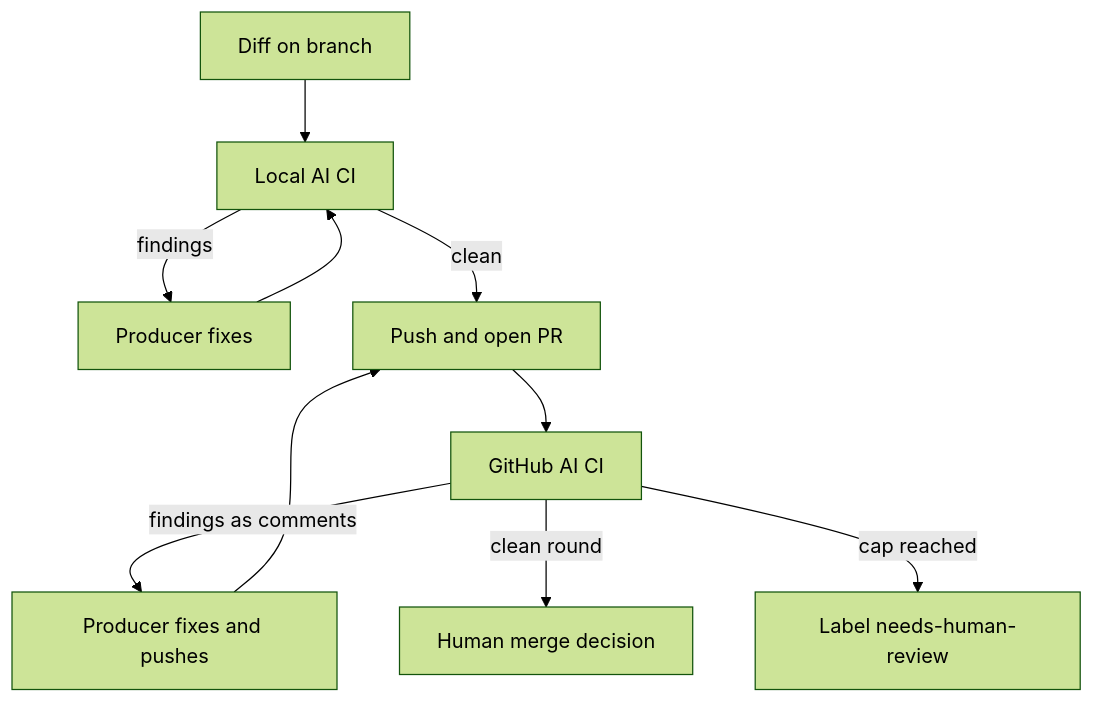
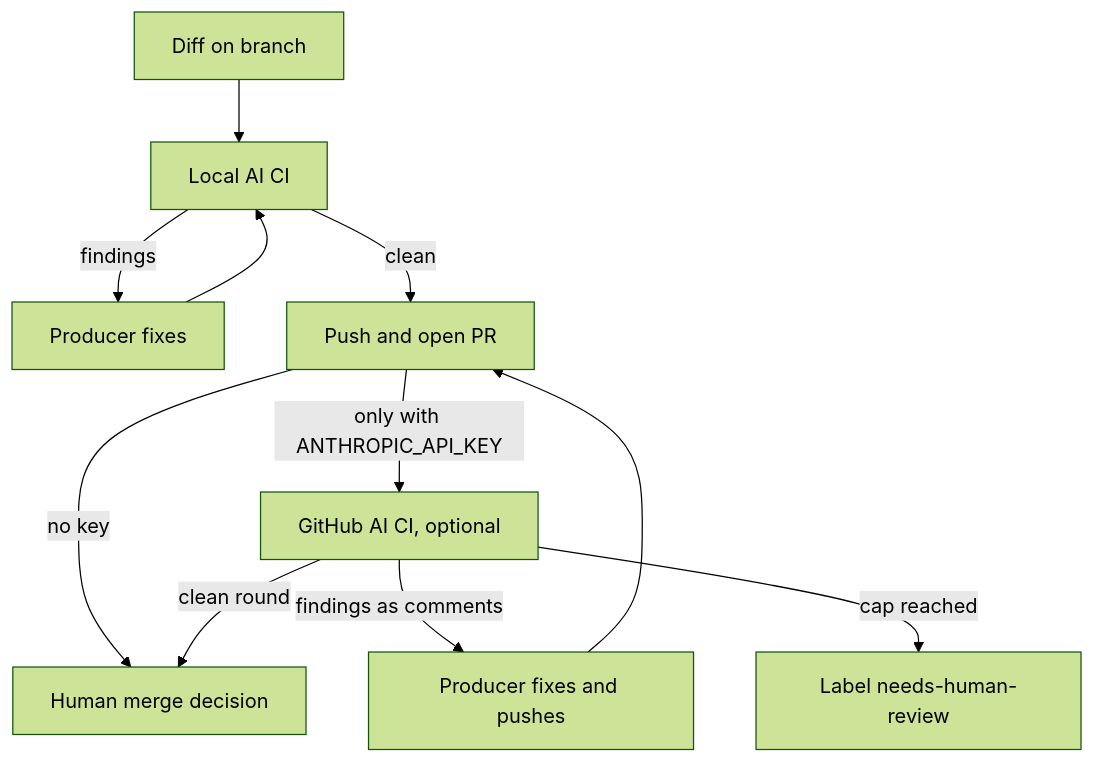
One commit to sergiosaraiva/quorum-agentic-framework changed the diagram in docs/concepts/08-ai-ci-local-and-github.md. Above: the diagram before and after it, drawn with Mermaid (forest theme). The commit also changed other lines of this file and 25 other files, not shown here.

````diff
--- a/docs/concepts/08-ai-ci-local-and-github.md
+++ b/docs/concepts/08-ai-ci-local-and-github.md
@@ -22,12 +22,13 @@
 ```mermaid
 flowchart TD
   D[Diff on branch] --> L[Local AI CI]
   L -->|findings| F[Producer fixes]
   F --> L
   L -->|clean| PUSH[Push and open PR]
-  PUSH --> G[GitHub AI CI]
+  PUSH -->|no key| H
+  PUSH -->|only with ANTHROPIC_API_KEY| G[GitHub AI CI, optional]
   G -->|findings as comments| F2[Producer fixes and pushes]
   F2 --> PUSH
   G -->|clean round| H[Human merge decision]
   G -->|cap reached| E[Label needs-human-review]
 ```
````
